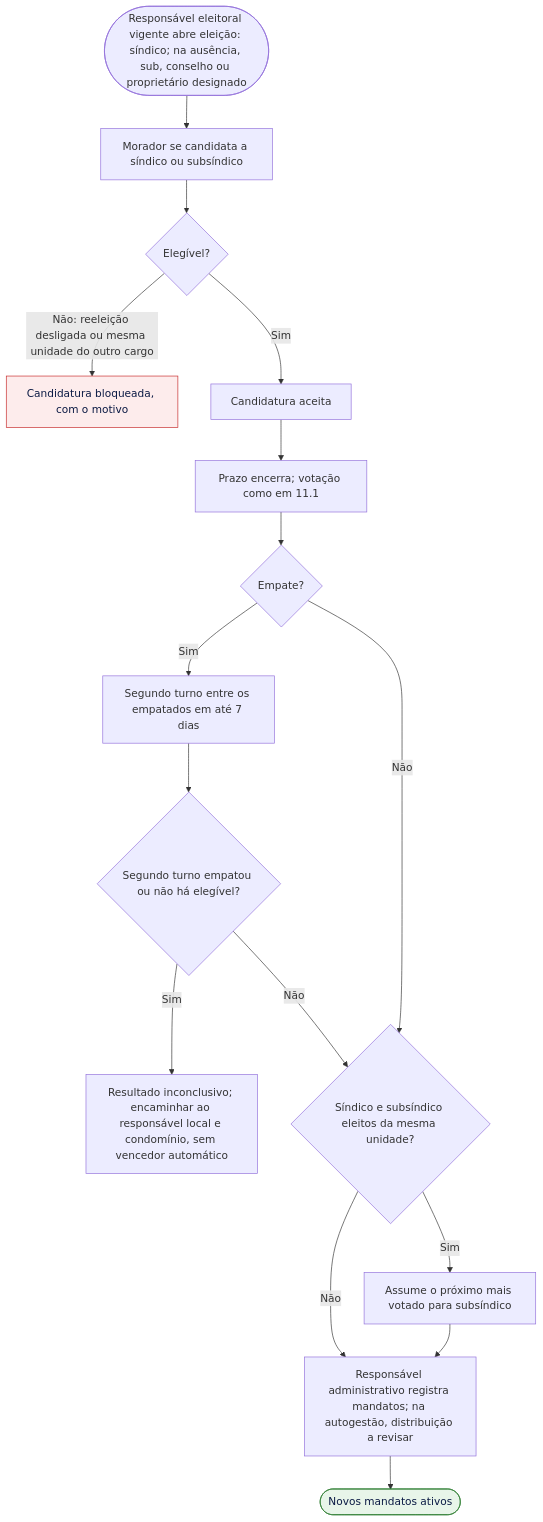
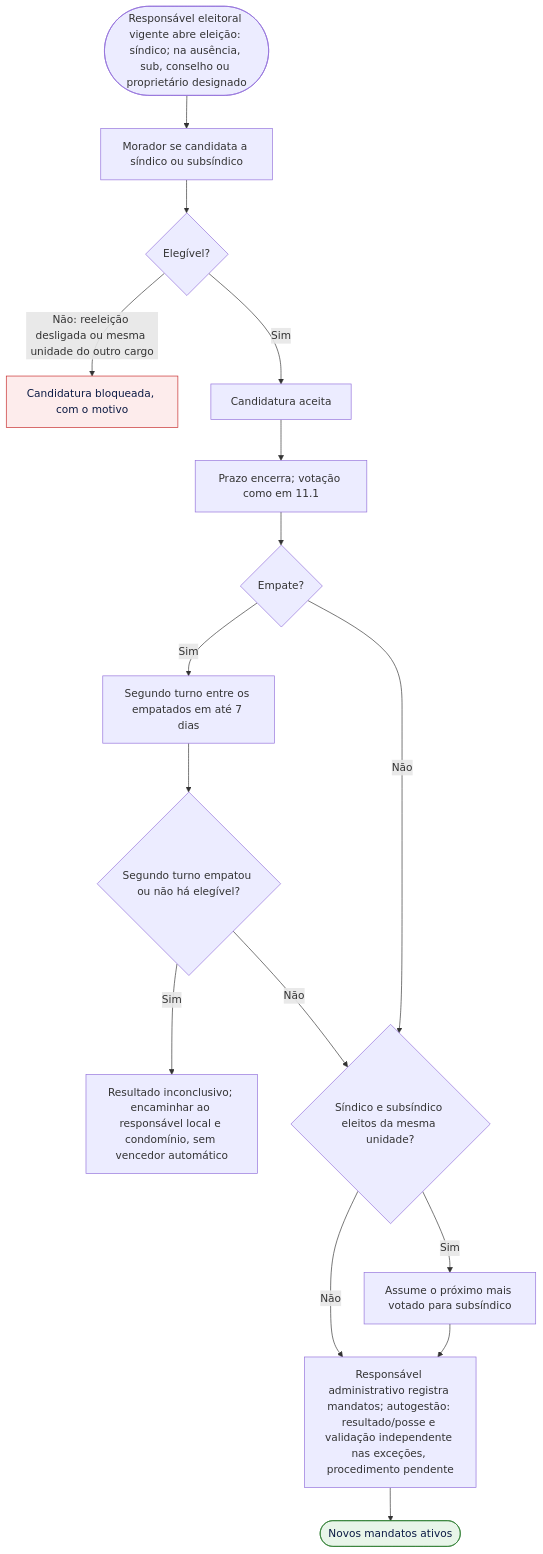
Before and after one commit to pedrolems/CondomiFacil: diagram 25 of 32 in docs/02-design/02-user-flows.md, drawn with Mermaid. The commit also changed other lines of this file and 8 other files, not shown here.

Commit message:
docs(planejamento): registrar decisões de autogestão e atualizar roadmap

````diff
--- a/docs/02-design/02-user-flows.md
+++ b/docs/02-design/02-user-flows.md
@@ -1147,22 +1151,22 @@
 ```mermaid
 flowchart TD
     A(["Responsável eleitoral vigente abre eleição: síndico; na ausência, sub, conselho ou proprietário designado"]) --> B["Morador se candidata a síndico ou subsíndico"]
     B --> C{"Elegível?"}
     C -->|"Não: reeleição desligada ou mesma unidade do outro cargo"| E1["Candidatura bloqueada, com o motivo"]
     C -->|"Sim"| D["Candidatura aceita"]
     D --> F["Prazo encerra; votação como em 11.1"]
     F --> G{"Empate?"}
     G -->|"Sim"| H["Segundo turno entre os empatados em até 7 dias"]
     H --> H1{"Segundo turno empatou ou não há elegível?"}
     H1 -->|"Sim"| INC["Resultado inconclusivo; encaminhar ao responsável local e condomínio, sem vencedor automático"]
     H1 -->|"Não"| I
     G -->|"Não"| I{"Síndico e subsíndico eleitos da mesma unidade?"}
     I -->|"Sim"| J["Assume o próximo mais votado para subsíndico"]
     I -->|"Não"| K
-    J --> K["Responsável administrativo registra mandatos; na autogestão, distribuição a revisar"]
+    J --> K["Responsável administrativo registra mandatos; autogestão: resultado/posse e validação independente nas exceções, procedimento pendente"]
     K --> Z(["Novos mandatos ativos"])
     classDef ok fill:#E8F5E9,stroke:#2E7D32,color:#0B1A44
     classDef erro fill:#FDECEC,stroke:#C62828,color:#0B1A44
     class Z ok
     class E1 erro
 ```
````
